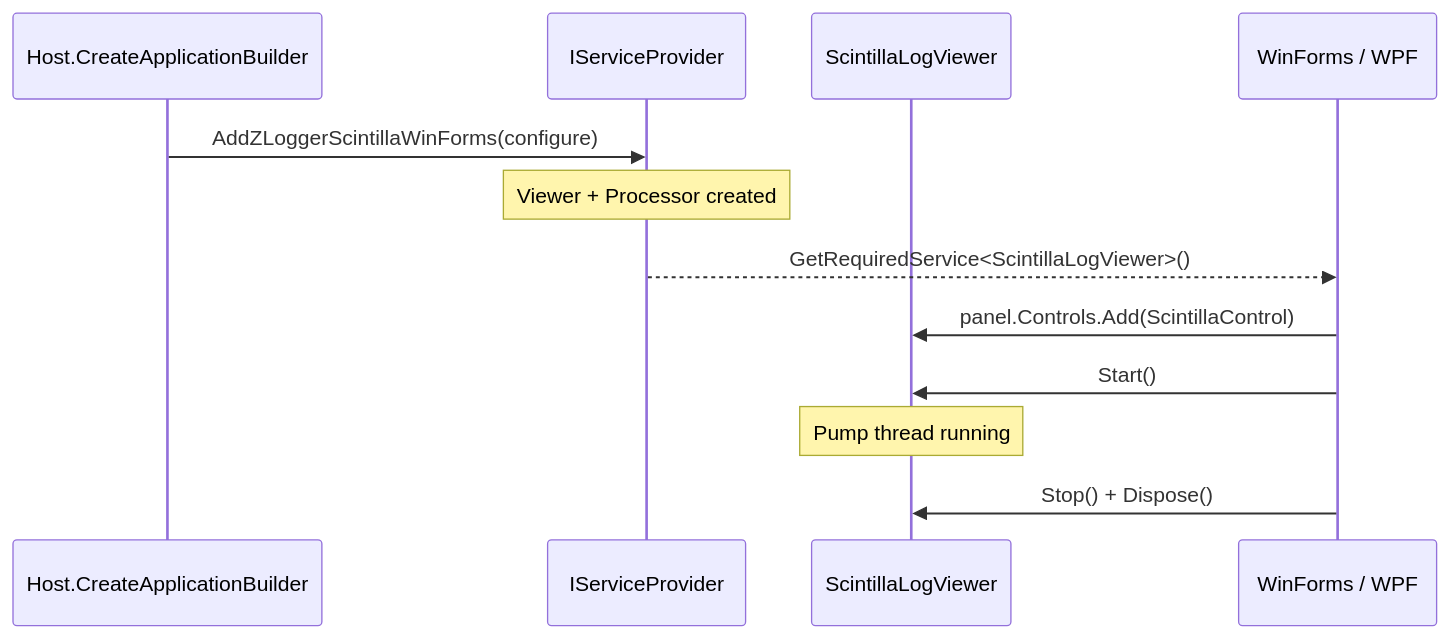
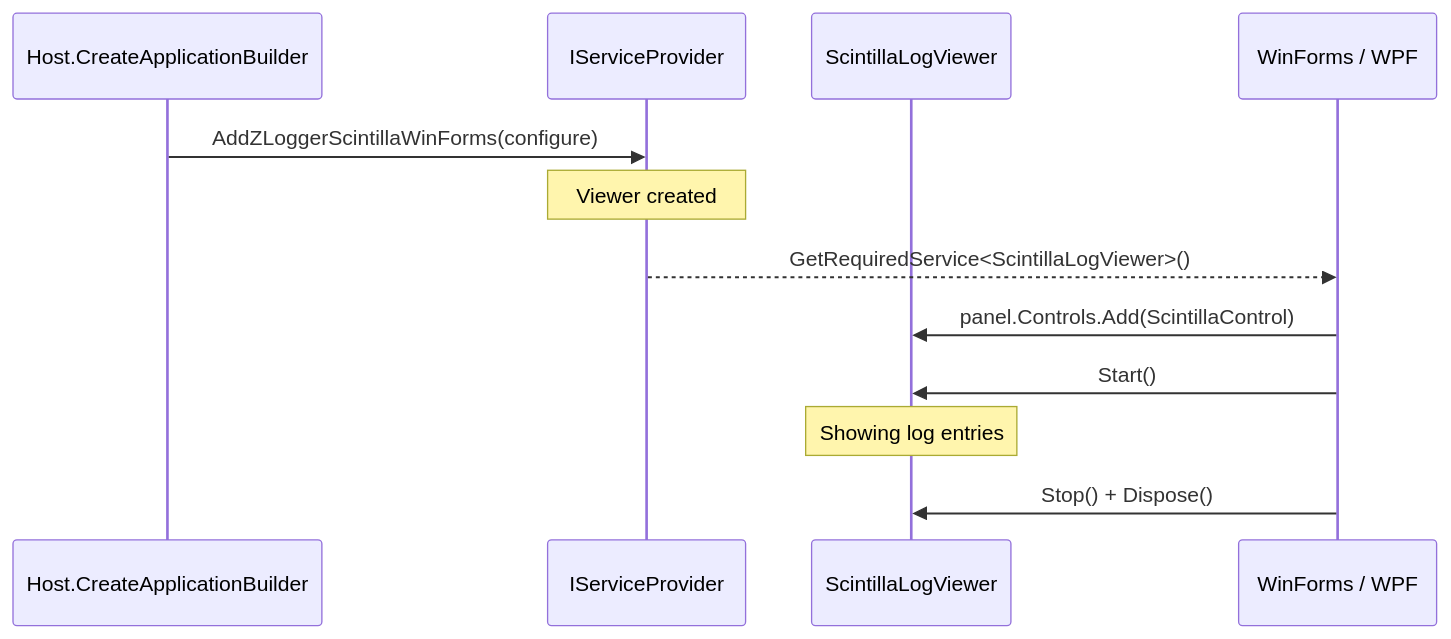
The fourth of 4 diagrams in docs/usage.md (trgiangv/ZLogger.Scintilla), drawn with Mermaid before and after one commit. The commit also changed other lines of this file and 6 other files, not shown here.

````diff
--- a/docs/usage.md
+++ b/docs/usage.md
@@ -224,15 +197,15 @@
 ```mermaid
 sequenceDiagram
     participant Builder as Host.CreateApplicationBuilder
     participant DI as IServiceProvider
     participant Viewer as ScintillaLogViewer
     participant Form as WinForms / WPF
 
     Builder->>DI: AddZLoggerScintillaWinForms(configure)
-    Note over DI: Viewer + Processor created
+    Note over DI: Viewer created
     DI-->>Form: GetRequiredService<ScintillaLogViewer>()
     Form->>Viewer: panel.Controls.Add(ScintillaControl)
     Form->>Viewer: Start()
-    Note over Viewer: Pump thread running
+    Note over Viewer: Showing log entries
     Form->>Viewer: Stop() + Dispose()
 ```
````
